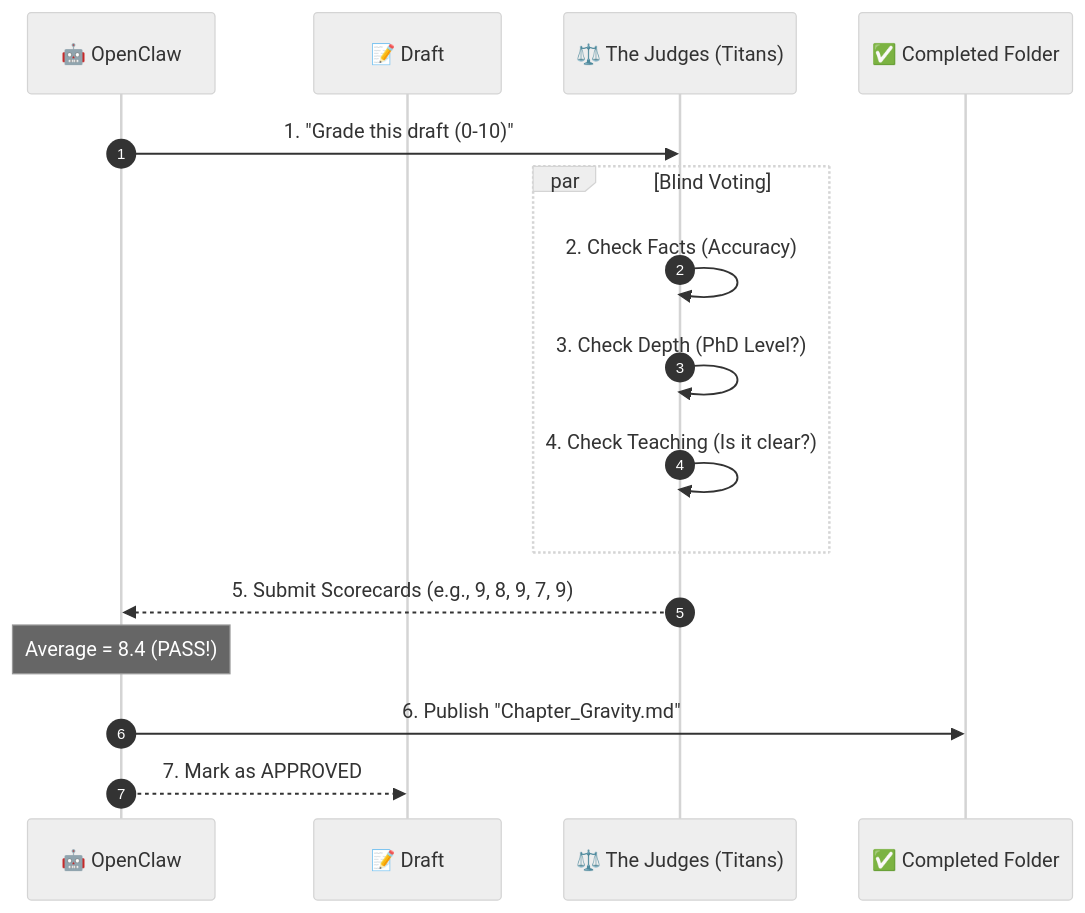
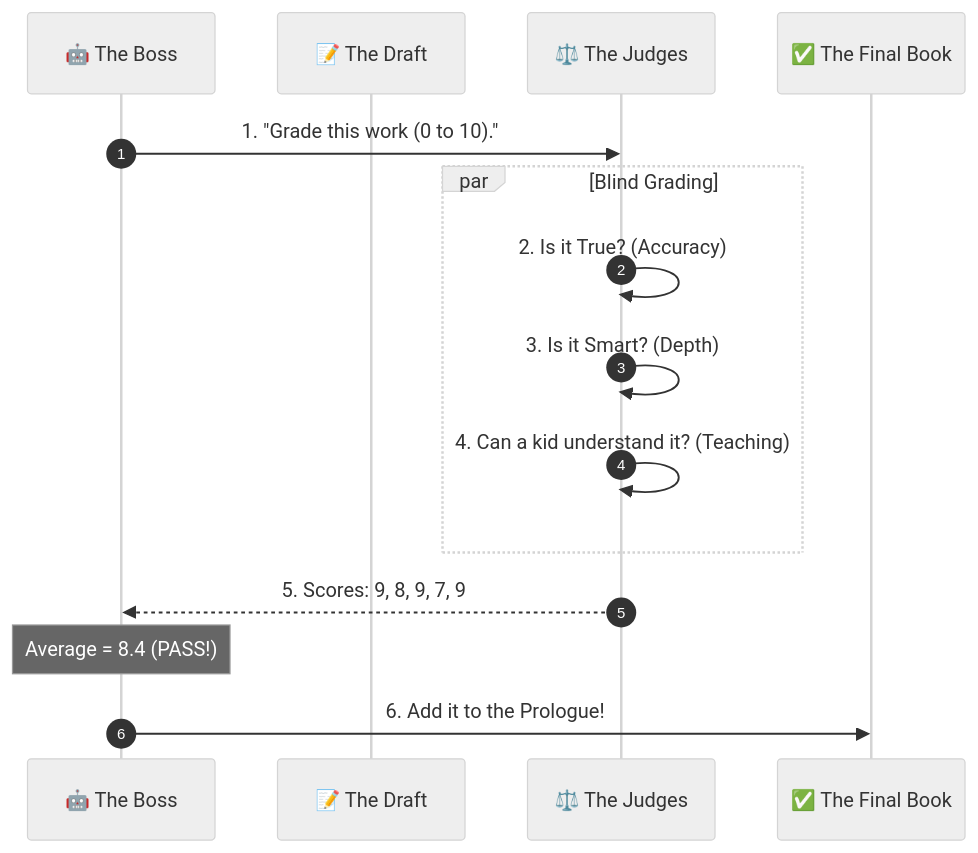
Before and after one commit to xlp0/PrologueOfSpacetime: the third of 3 diagrams in docs/workflows/README.md, drawn with Mermaid (neutral theme). The commit also changed other lines of this file, not shown here.

````diff
--- a/docs/workflows/README.md
+++ b/docs/workflows/README.md
@@ -86,23 +82,22 @@
 ```mermaid
 sequenceDiagram
     autonumber
-    participant Manager as 🤖 OpenClaw
-    participant Draft as 📝 Draft #101
-    participant Judges as ⚖️ The Judges (Titans)
-    participant Final as ✅ Completed Folder
+    participant Boss as 🤖 The Boss
+    participant Draft as 📝 The Draft
+    participant Judges as ⚖️ The Judges
+    participant Book as ✅ The Final Book
 
-    Manager->>Judges: 1. "Grade this draft (0-10)"
+    Boss->>Judges: 1. "Grade this work (0 to 10)."
     
-    par Blind Voting
-        Judges->>Judges: 2. Check Facts (Accuracy)
-        Judges->>Judges: 3. Check Depth (PhD Level?)
-        Judges->>Judges: 4. Check Teaching (Is it clear?)
+    par Blind Grading
+        Judges->>Judges: 2. Is it True? (Accuracy)
+        Judges->>Judges: 3. Is it Smart? (Depth)
+        Judges->>Judges: 4. Can a kid understand it? (Teaching)
     end
     
-    Judges-->>Manager: 5. Submit Scorecards (e.g., 9, 8, 9, 7, 9)
+    Judges-->>Boss: 5. Scores: 9, 8, 9, 7, 9
     
-    Note over Manager: Average = 8.4 (PASS!)
+    Note over Boss: Average = 8.4 (PASS!)
     
-    Manager->>Final: 6. Publish "Chapter_Gravity.md"
-    Manager-->>Draft: 7. Mark as APPROVED
+    Boss->>Book: 6. Add it to the Prologue!
 ```
````
